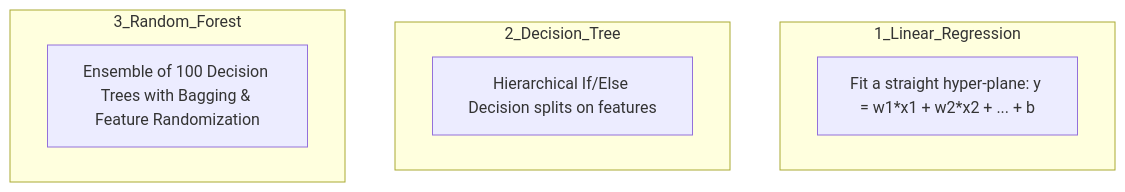
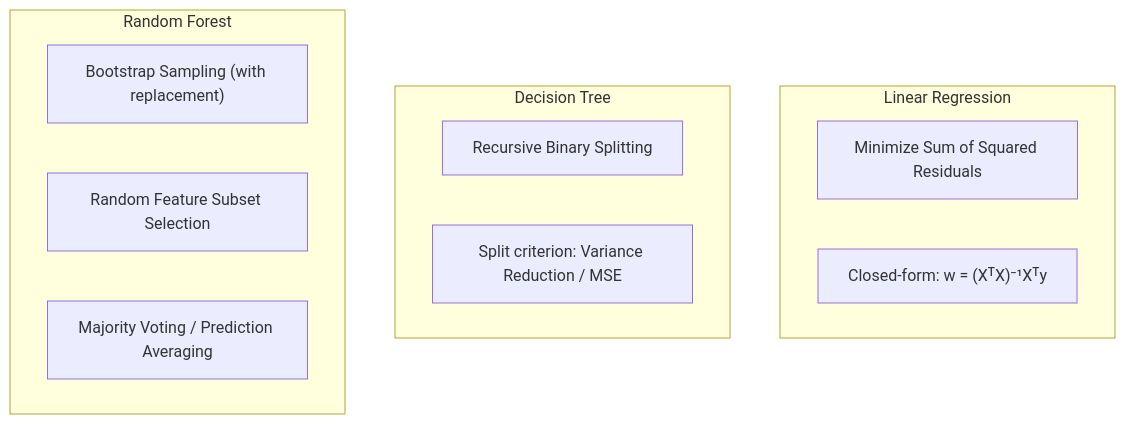
One commit to irohitgangwar/house-price-prediction changed the sixth of 9 diagrams in INTERVIEW_GUIDE.md. Above: the diagram before and after it, drawn with Mermaid. The commit also changed other lines of this file, not shown here.

Commit message:
Expand Interview Guide with Prerequisites Roadmap, Deep ML Mechanics, HLD/LLD & 60+ Q&A Bank

````diff
--- a/INTERVIEW_GUIDE.md
+++ b/INTERVIEW_GUIDE.md
@@ -261,12 +390,16 @@
 ```mermaid
 graph TD
-    subgraph 1_Linear_Regression
-        LR["Fit a straight hyper-plane: y = w1*x1 + w2*x2 + ... + b"]
+    subgraph OLS["Linear Regression"]
+        O1["Minimize Sum of Squared Residuals"]
+        O2["Closed-form: w = (XᵀX)⁻¹Xᵀy"]
     end
-    subgraph 2_Decision_Tree
-        DT["Hierarchical If/Else Decision splits on features"]
+    subgraph CART["Decision Tree"]
+        C1["Recursive Binary Splitting"]
+        C2["Split criterion: Variance Reduction / MSE"]
     end
-    subgraph 3_Random_Forest
-        RF["Ensemble of 100 Decision Trees with Bagging & Feature Randomization"]
+    subgraph BAGGING["Random Forest"]
+        B1["Bootstrap Sampling (with replacement)"]
+        B2["Random Feature Subset Selection"]
+        B3["Majority Voting / Prediction Averaging"]
     end
 ```
````
